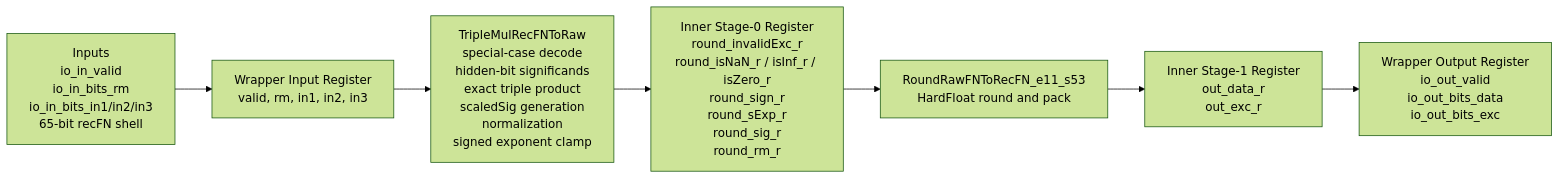
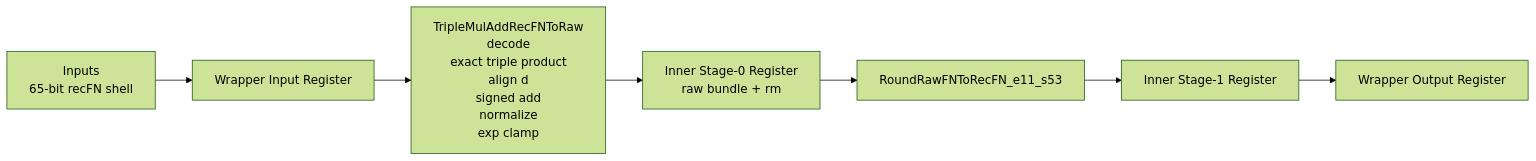
One commit to kvsaiakhil/triple_fp_units changed the fifth of 6 diagrams in README.md. Above: the diagram before and after it, drawn with Mermaid (forest theme). The commit also changed other lines of this file and 23 other files, not shown here.

Commit message:
Add triple multiply-add units and verification flow

````diff
--- a/README.md
+++ b/README.md
@@ -98,9 +131,9 @@
 ```mermaid
 flowchart LR
-  A["Inputs<br/>io_in_valid<br/>io_in_bits_rm<br/>io_in_bits_in1/in2/in3<br/>65-bit recFN shell"] --> B["Wrapper Input Register<br/>valid, rm, in1, in2, in3"]
-  B --> C["TripleMulRecFNToRaw<br/>special-case decode<br/>hidden-bit significands<br/>exact triple product<br/>scaledSig generation<br/>normalization<br/>signed exponent clamp"]
-  C --> D["Inner Stage-0 Register<br/>round_invalidExc_r<br/>round_isNaN_r / isInf_r / isZero_r<br/>round_sign_r<br/>round_sExp_r<br/>round_sig_r<br/>round_rm_r"]
-  D --> E["RoundRawFNToRecFN_e11_s53<br/>HardFloat round and pack"]
-  E --> F["Inner Stage-1 Register<br/>out_data_r<br/>out_exc_r"]
-  F --> G["Wrapper Output Register<br/>io_out_valid<br/>io_out_bits_data<br/>io_out_bits_exc"]
+  A["Inputs<br/>65-bit recFN shell"] --> B["Wrapper Input Register"]
+  B --> C["TripleMulAddRecFNToRaw<br/>decode<br/>exact triple product<br/>align d<br/>signed add<br/>normalize<br/>exp clamp"]
+  C --> D["Inner Stage-0 Register<br/>raw bundle + rm"]
+  D --> E["RoundRawFNToRecFN_e11_s53"]
+  E --> F["Inner Stage-1 Register"]
+  F --> G["Wrapper Output Register"]
 ```
````
